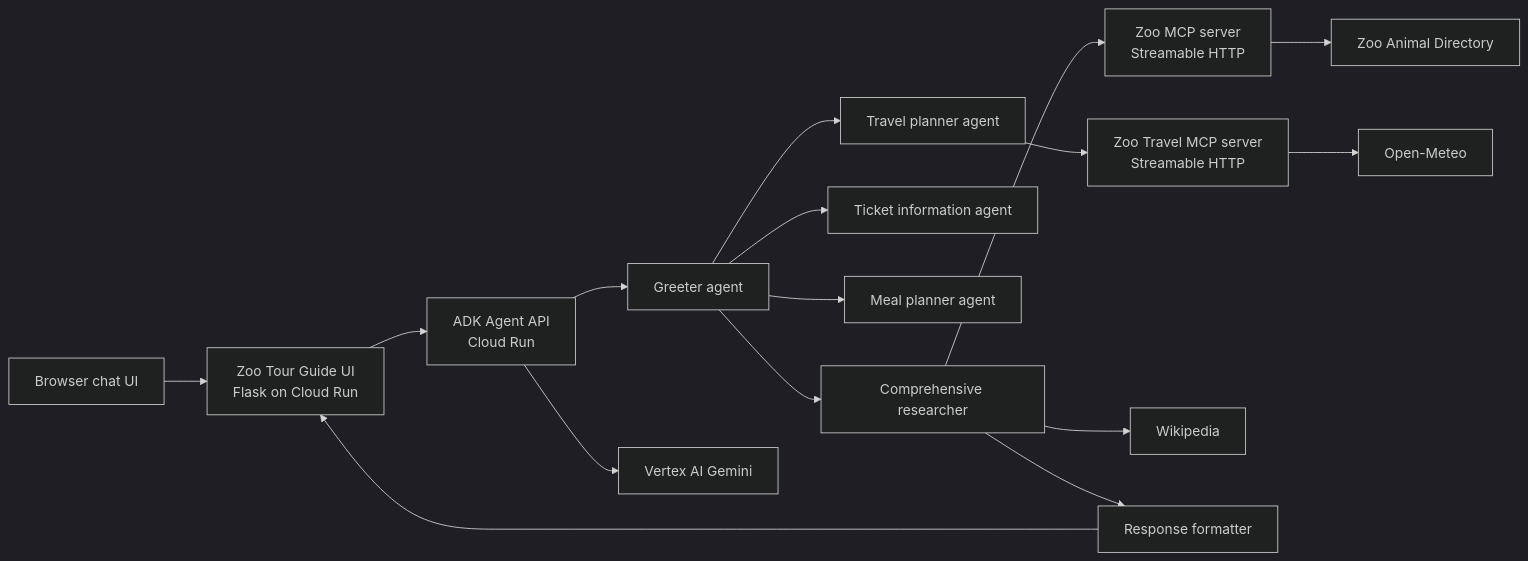
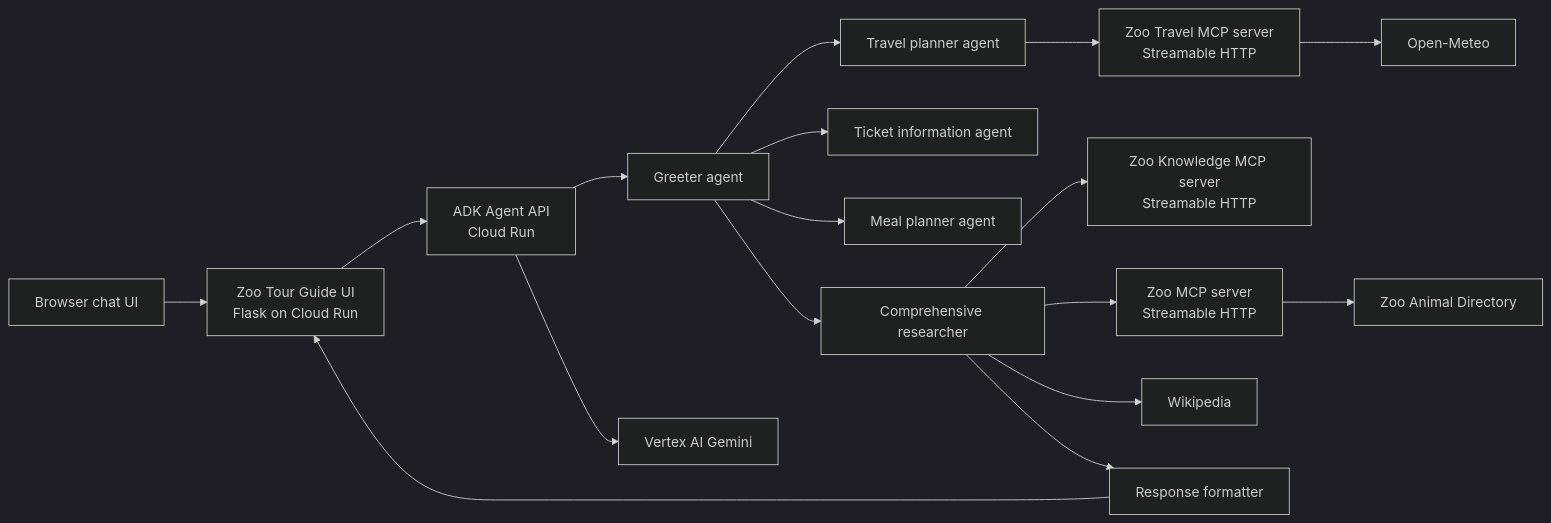
One commit to VJKumar57/ada-multi-agent-zooAgent changed the diagram in README.md. Above: the diagram before and after it, drawn with Mermaid (dark theme). The commit also changed other lines of this file and 25 other files, not shown here.

````diff
--- a/README.md
+++ b/README.md
@@ -16,18 +17,19 @@
 ```mermaid
 flowchart LR
     Browser[Browser chat UI] --> UI[Zoo Tour Guide UI<br/>Flask on Cloud Run]
     UI --> API[ADK Agent API<br/>Cloud Run]
     API --> Greeter[Greeter agent]
     Greeter --> Research[Comprehensive researcher]
     Greeter --> Tickets[Ticket information agent]
     Greeter --> Meals[Meal planner agent]
     Greeter --> Travel[Travel planner agent]
     Research --> MCP[Zoo MCP server<br/>Streamable HTTP]
+    Research --> Knowledge[Zoo Knowledge MCP server<br/>Streamable HTTP]
     Travel --> TravelMCP[Zoo Travel MCP server<br/>Streamable HTTP]
     Research --> Wiki[Wikipedia]
     Research --> Format[Response formatter]
     Format --> UI
     MCP --> ZooData[Zoo Animal Directory]
     TravelMCP --> Weather[Open-Meteo]
     API --> Vertex[Vertex AI Gemini]
 ```
````
